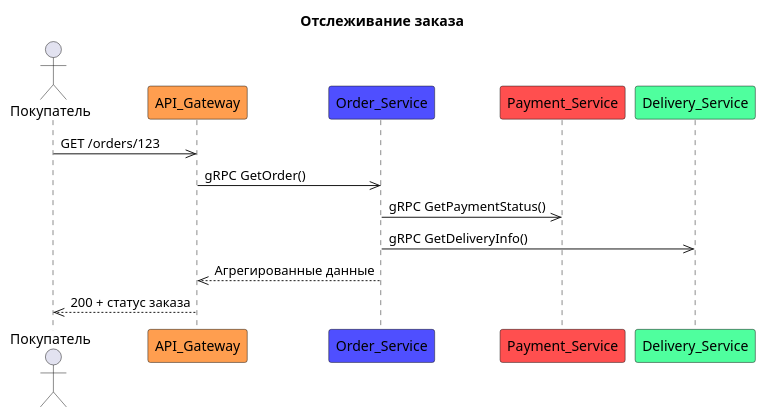
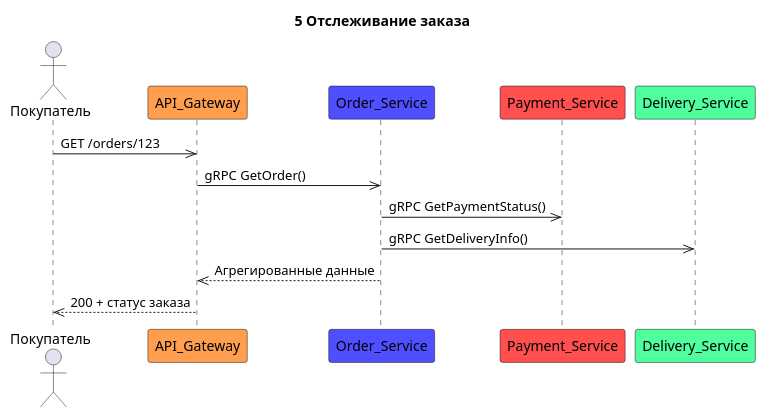
Before and after one commit to puld/otus_am_dz2: the diagram in sequence/05 Отслеживание заказа.puml, drawn with PlantUML. The commit also changed 5 other files, not shown here.

Commit message:
добавил диаграммы

```diff
--- a/sequence/05 Отслеживание заказа.puml
+++ b/sequence/05 Отслеживание заказа.puml
@@ -1,15 +1,15 @@
 @startuml Отслеживание_заказа
-title Отслеживание заказа
+title 5 Отслеживание заказа
     actor Покупатель
     participant API_Gateway #ff9e4f
     participant Order_Service #4f4fff
     participant Payment_Service #ff4f4f
     participant Delivery_Service #4fff9e
 
     Покупатель ->> API_Gateway: GET /orders/123
     API_Gateway ->> Order_Service: gRPC GetOrder()
     Order_Service ->> Payment_Service: gRPC GetPaymentStatus()
     Order_Service ->> Delivery_Service: gRPC GetDeliveryInfo()
     Order_Service -->> API_Gateway: Агрегированные данные
     API_Gateway -->> Покупатель: 200 + статус заказа
 @enduml
```
